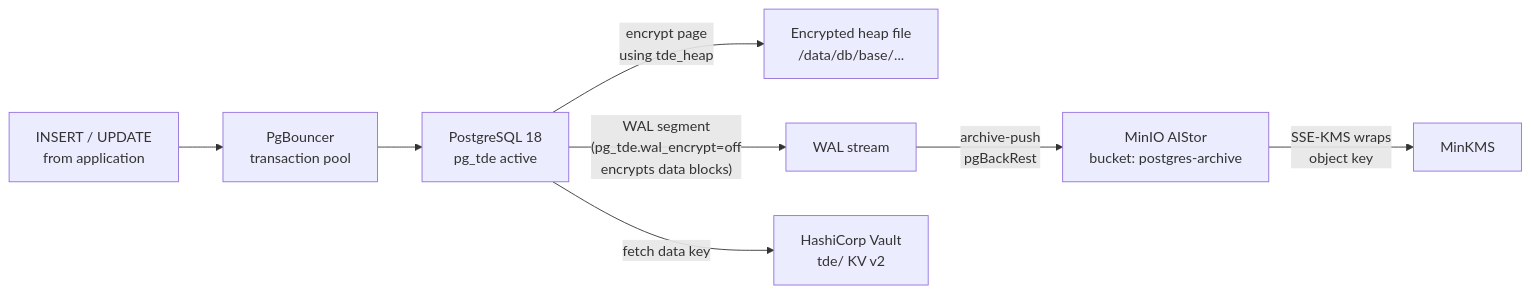
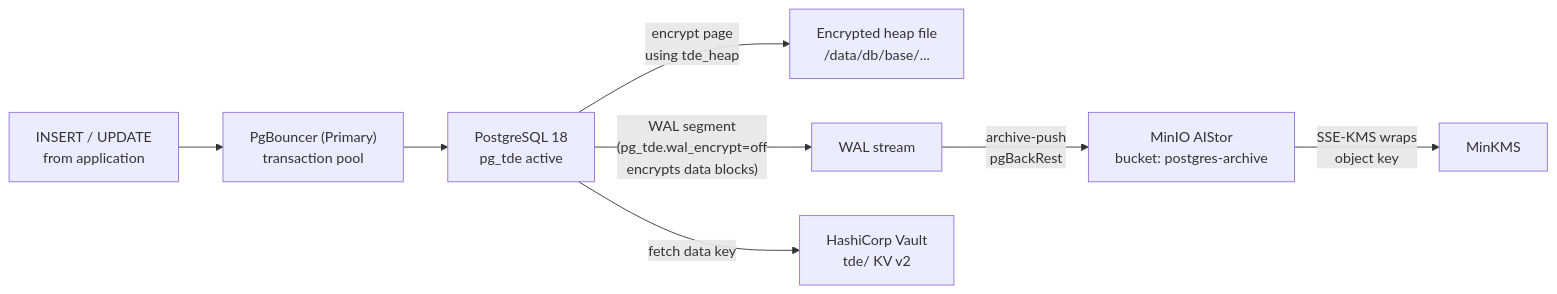
The third of 3 diagrams in docs/architecture/overview.md (xdenistwn/patroni-postgres-tde), drawn with Mermaid before and after one commit. The commit also changed other lines of this file and 1 other file, not shown here.

Commit message:
edit: architecture make it simpler

````diff
--- a/docs/architecture/overview.md
+++ b/docs/architecture/overview.md
@@ -124,10 +121,10 @@
 ```mermaid
 flowchart LR
-    WRITE["INSERT / UPDATE\nfrom application"] --> PGB["PgBouncer\ntransaction pool"]
+    WRITE["INSERT / UPDATE\nfrom application"] --> PGB["PgBouncer (Primary)\ntransaction pool"]
     PGB --> PG["PostgreSQL 18\npg_tde active"]
     PG -->|"encrypt page\nusing tde_heap"| HEAP["Encrypted heap file\n/data/db/base/..."]
     PG -->|"WAL segment\n(pg_tde.wal_encrypt=off\nencrypts data blocks)"| WAL["WAL stream"]
     WAL -->|"archive-push\npgBackRest"| MINIO["MinIO AIStor\nbucket: postgres-archive"]
     MINIO -->|"SSE-KMS wraps\nobject key"| MINKMS["MinKMS"]
     PG -->|"fetch data key"| VAULT["HashiCorp Vault\ntde/ KV v2"]
 ```
````
